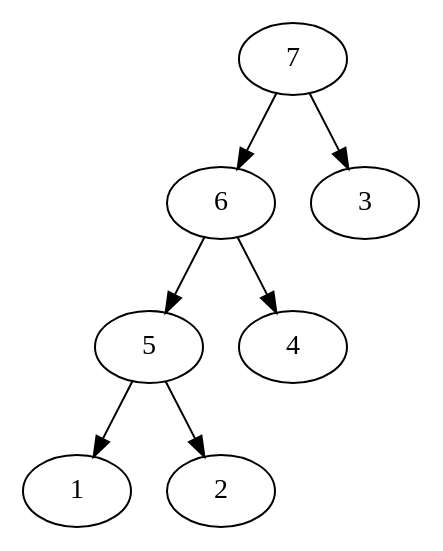
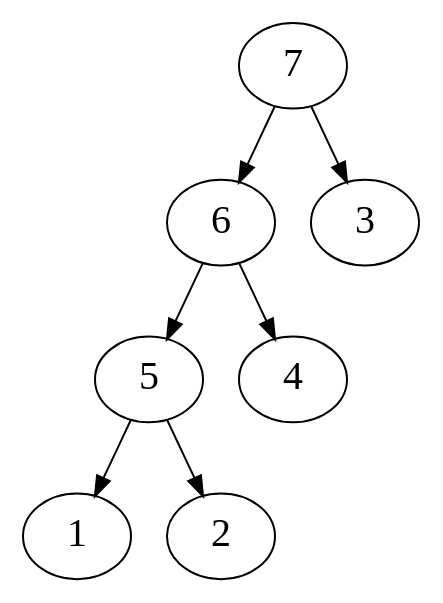
Before and after one commit to EvolBioInf/biobox: the diagram in pickChildren/top.dot, drawn with Graphviz. The commit also changed 2 other files, not shown here.

```diff
--- a/pickChildren/top.dot
+++ b/pickChildren/top.dot
@@ -1,8 +1,9 @@
 digraph g {
+   node [fontsize=20]
    5 -> 1
    5 -> 2
    6 -> 5
    6 -> 4
    7 -> 6
    7 -> 3
 } 
```
